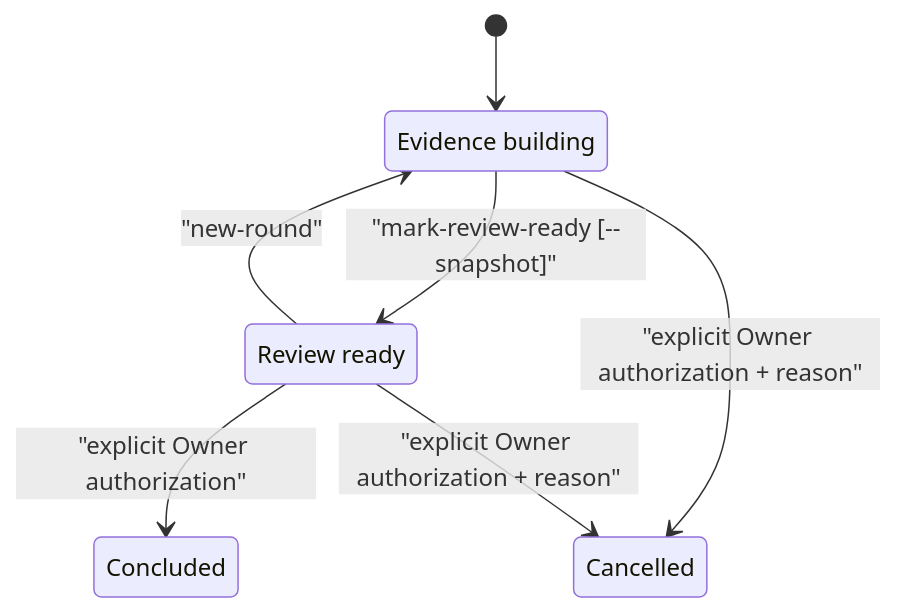
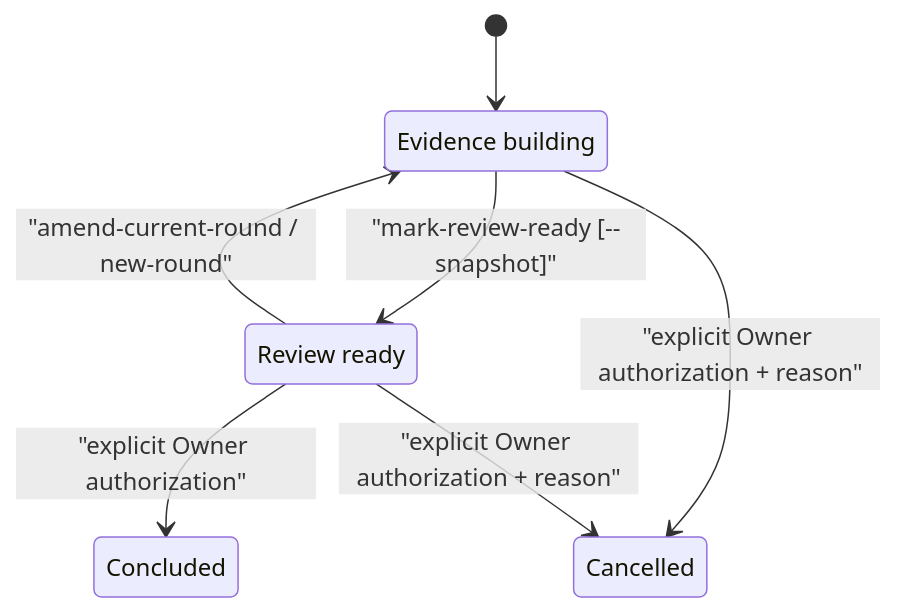
Before and after one commit to XiaoWeiKIN/RepoFoundryAI: the first of 2 diagrams in engineering-research/references/research.md, drawn with Mermaid. The commit also changed other lines of this file and 26 other files, not shown here.

````diff
--- a/engineering-research/references/research.md
+++ b/engineering-research/references/research.md
@@ -87,14 +87,14 @@
 ```mermaid
 stateDiagram-v2
     state "Evidence building" as Building
     state "Review ready" as Review
     state "Concluded" as Concluded
     state "Cancelled" as Cancelled
 
     [*] --> Building
     Building --> Review: "mark-review-ready [--snapshot]"
-    Review --> Building: "new-round"
+    Review --> Building: "amend-current-round / new-round"
     Review --> Concluded: "explicit Owner authorization"
     Building --> Cancelled: "explicit Owner authorization + reason"
     Review --> Cancelled: "explicit Owner authorization + reason"
 ```
````
